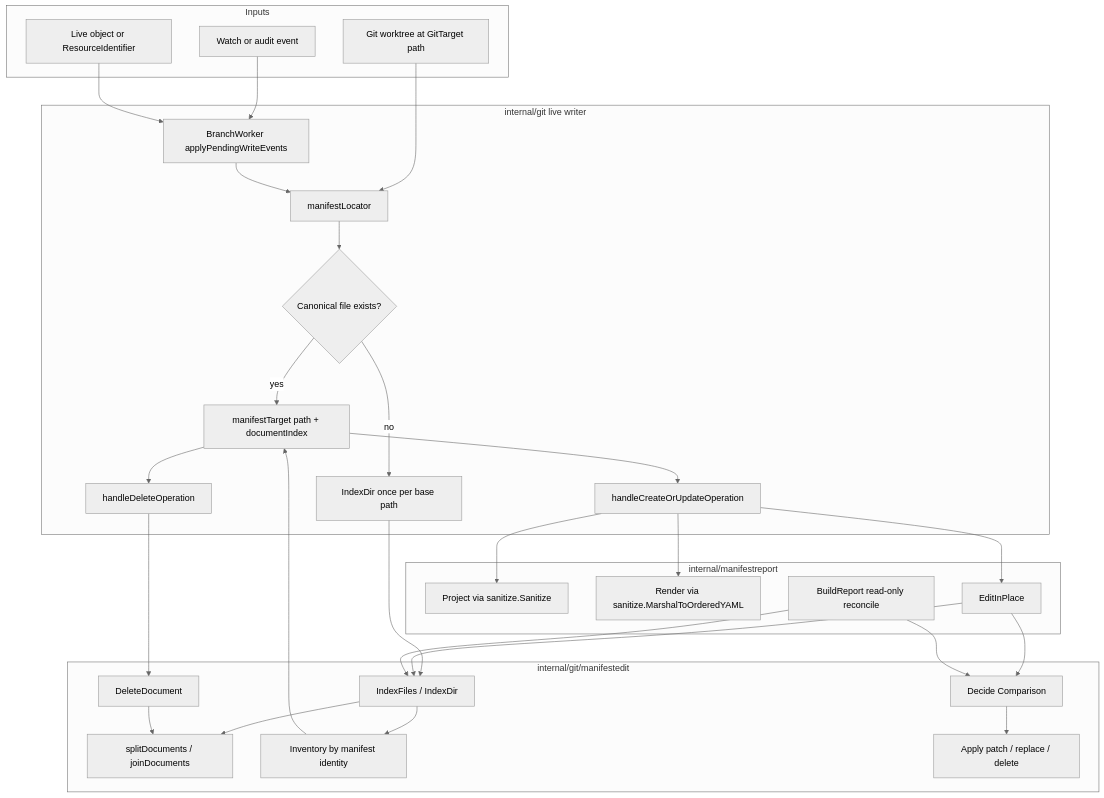
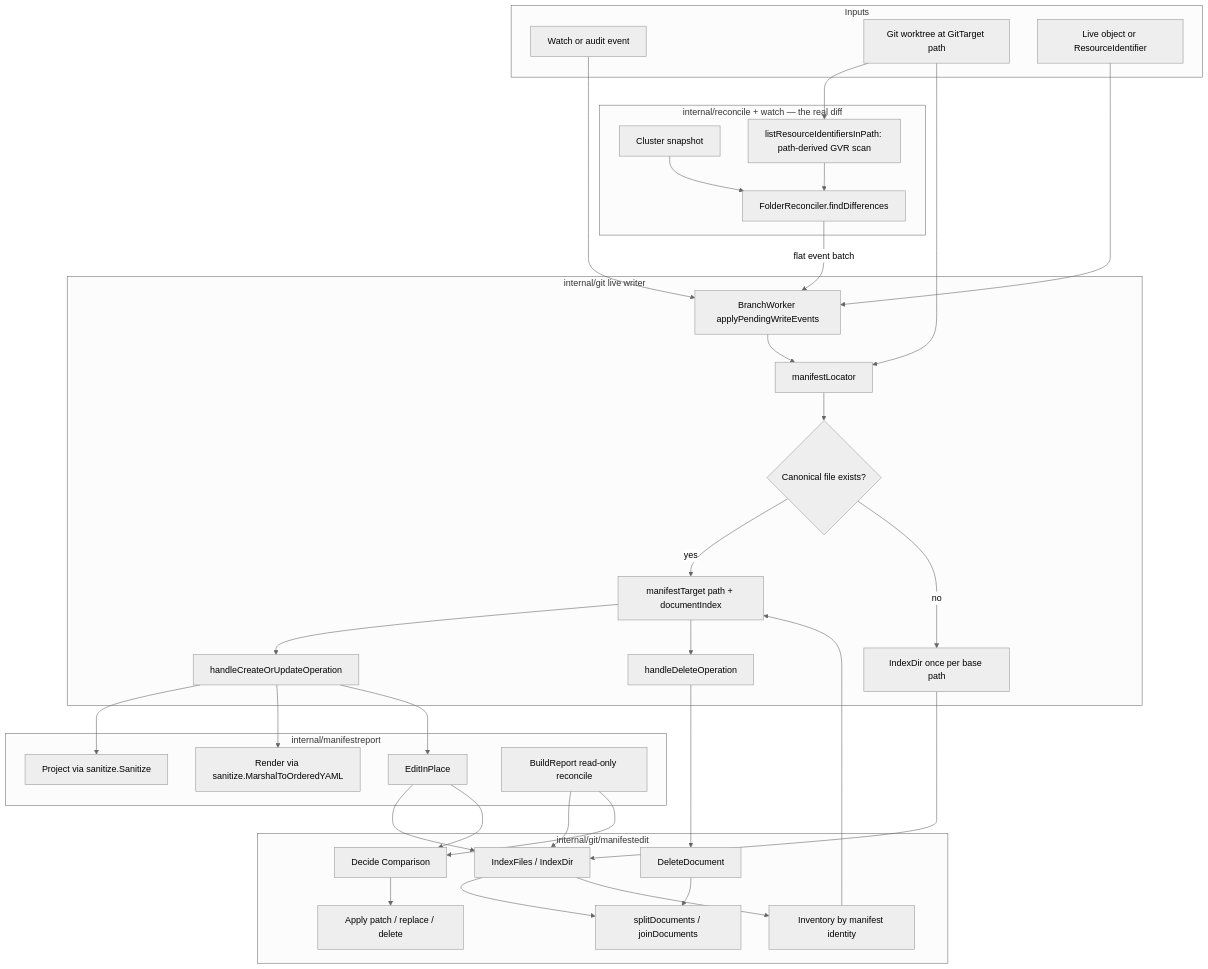
Before and after one commit to ConfigButler/gitops-reverser: the first of 2 diagrams in docs/design/manifest/current-manifest-support-review.md, drawn with Mermaid (neutral theme). The commit also changed other lines of this file and 3 other files, not shown here.

````diff
--- a/docs/design/manifest/current-manifest-support-review.md
+++ b/docs/design/manifest/current-manifest-support-review.md
@@ -34,58 +43,68 @@
 ```mermaid
 flowchart TD
     subgraph Inputs
         A[Watch or audit event]
         B[Git worktree at GitTarget path]
         C[Live object or ResourceIdentifier]
+    end
+
+    subgraph Reconcile["internal/reconcile + watch — the real diff"]
+        W[Cluster snapshot]
+        V[listResourceIdentifiersInPath: path-derived GVR scan]
+        U[FolderReconciler.findDifferences]
     end
 
     subgraph Writer["internal/git live writer"]
         D[BranchWorker applyPendingWriteEvents]
         E[manifestLocator]
         F{Canonical file exists?}
         G[IndexDir once per base path]
         H[manifestTarget path + documentIndex]
         I[handleCreateOrUpdateOperation]
         J[handleDeleteOperation]
     end
 
     subgraph ManifestReport["internal/manifestreport"]
         K[Project via sanitize.Sanitize]
         L[Render via sanitize.MarshalToOrderedYAML]
         M[EditInPlace]
         N[BuildReport read-only reconcile]
     end
 
     subgraph ManifestEdit["internal/git/manifestedit"]
         O[IndexFiles / IndexDir]
         P[splitDocuments / joinDocuments]
         Q[Inventory by manifest identity]
         R[Decide Comparison]
         S[Apply patch / replace / delete]
         T[DeleteDocument]
     end
 
     A --> D
     C --> D
+    B --> V
+    W --> U
+    V --> U
+    U -->|flat event batch| D
     B --> E
     D --> E
     E --> F
     F -- yes --> H
     F -- no --> G
     G --> O
     O --> P
     O --> Q
     Q --> H
     H --> I
     H --> J
     I --> K
     I --> L
     I --> M
     M --> O
     M --> R
     R --> S
     J --> T
     T --> P
     N --> O
     N --> R
 ```
````
